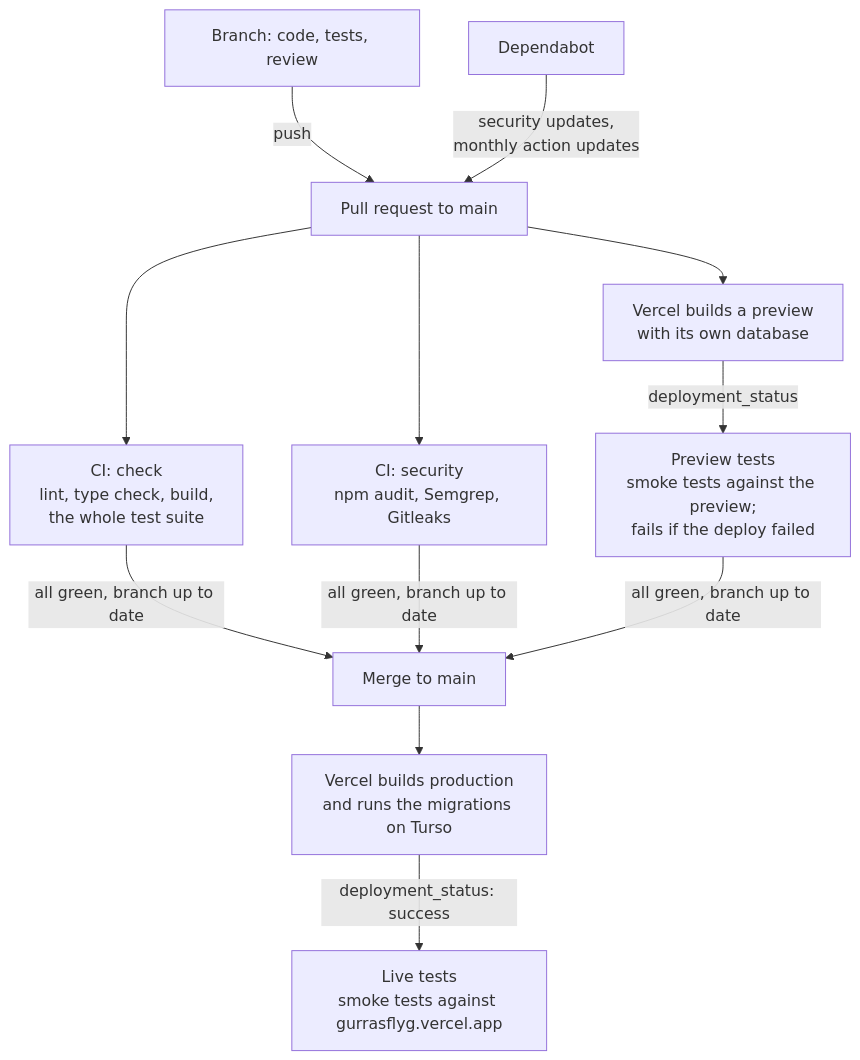
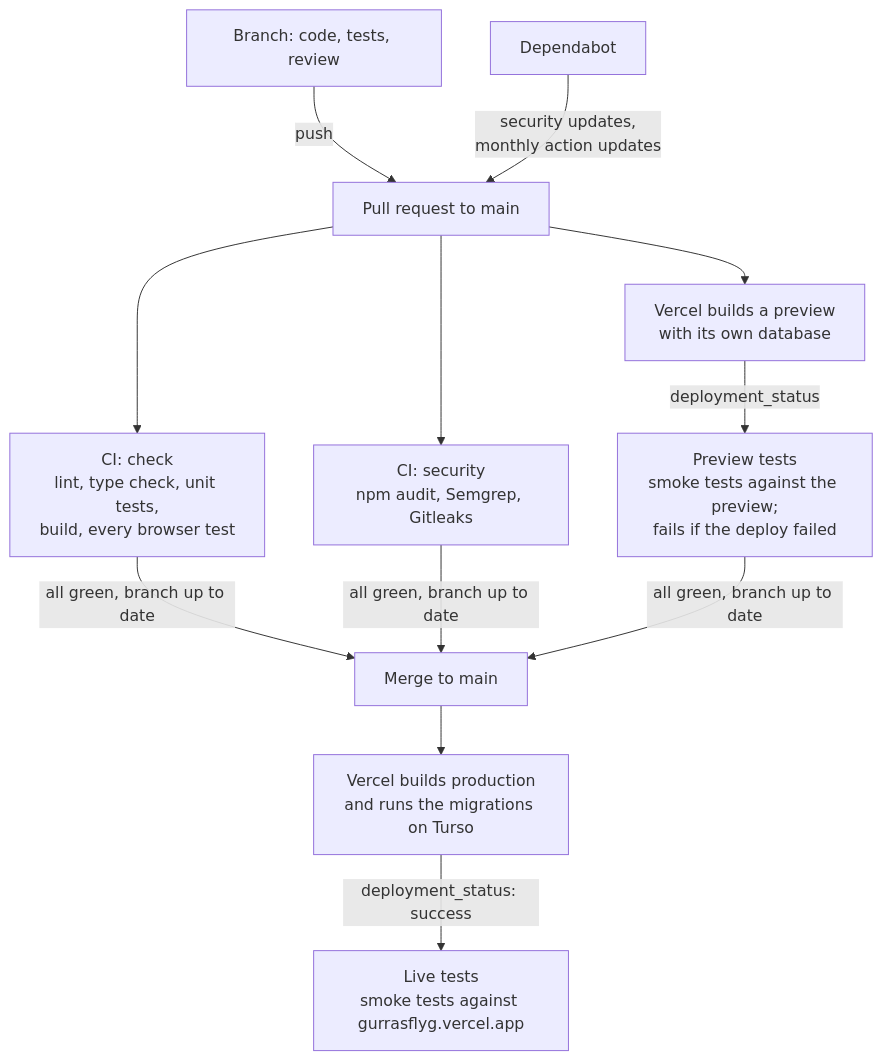
Before and after one commit to gustavnymoen/gurrasflyg: the diagram in wiki/system/pipeline.md, drawn with Mermaid. The commit also changed other lines of this file and 36 other files, not shown here.

````diff
--- a/wiki/system/pipeline.md
+++ b/wiki/system/pipeline.md
@@ -15,12 +15,12 @@
 ```mermaid
 flowchart TD
     A[Branch: code, tests, review] -->|push| B[Pull request to main]
-    B --> C["CI: check<br/>lint, type check, build,<br/>the whole test suite"]
+    B --> C["CI: check<br/>lint, type check, unit tests,<br/>build, every browser test"]
     B --> D["CI: security<br/>npm audit, Semgrep, Gitleaks"]
     B --> E[Vercel builds a preview<br/>with its own database]
     E -->|deployment_status| F["Preview tests<br/>smoke tests against the preview;<br/>fails if the deploy failed"]
     C & D & F -->|all green, branch up to date| G[Merge to main]
     G --> H[Vercel builds production<br/>and runs the migrations on Turso]
     H -->|deployment_status: success| I["Live tests<br/>smoke tests against gurrasflyg.vercel.app"]
     J[Dependabot] -->|security updates,<br/>monthly action updates| B
 ```
````
